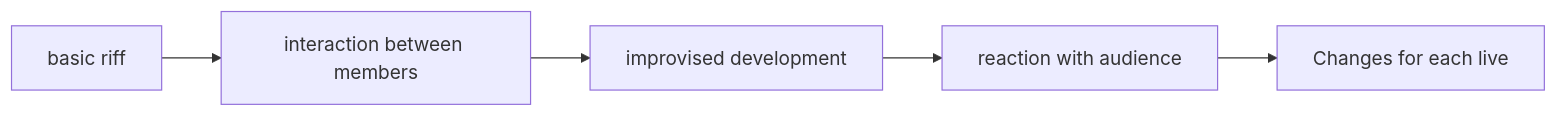
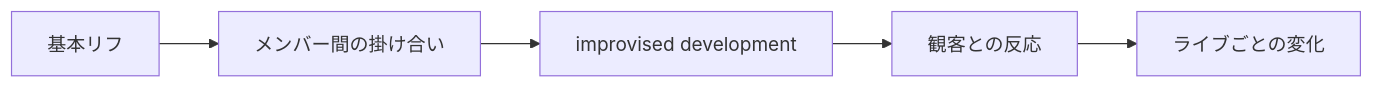
The ninth of 16 diagrams in en/_posts/2026-08-04-column-high-fade.md (monumental-movement/monumental-movement.github.io), drawn with Mermaid before and after one commit. The commit also changed other lines of this file and 2196 other files, not shown here.

```diff
--- a/en/_posts/2026-08-04-column-high-fade.md
+++ b/en/_posts/2026-08-04-column-high-fade.md
@@ -1036,13 +1035,13 @@
 <div class="mermaid">
 flowchart LR
-A[basic riff]
-B[interaction between members]
+A[基本リフ]
+B[メンバー間の掛け合い]
 C[improvised development]
-D[reaction with audience]
-E[Changes for each live]
+D[観客との反応]
+E[ライブごとの変化]
 
 A --> B
 B --> C
 C --> D
 D --> E
 </div>
```
